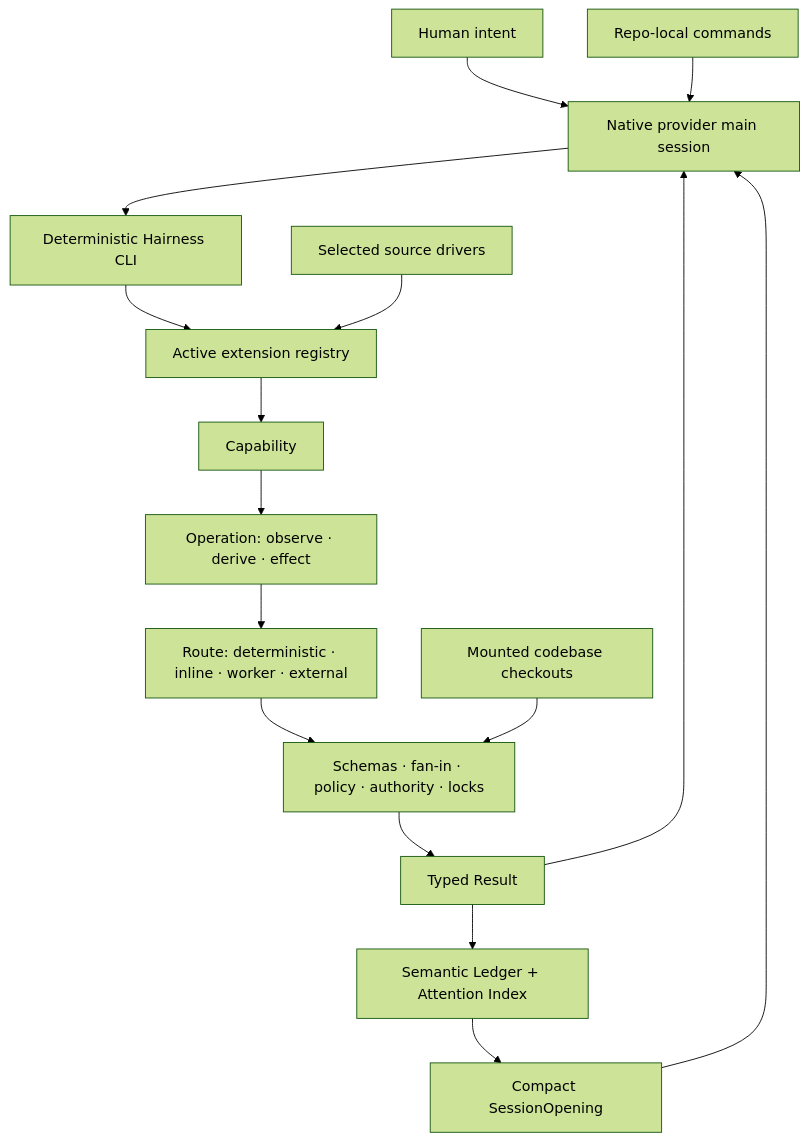
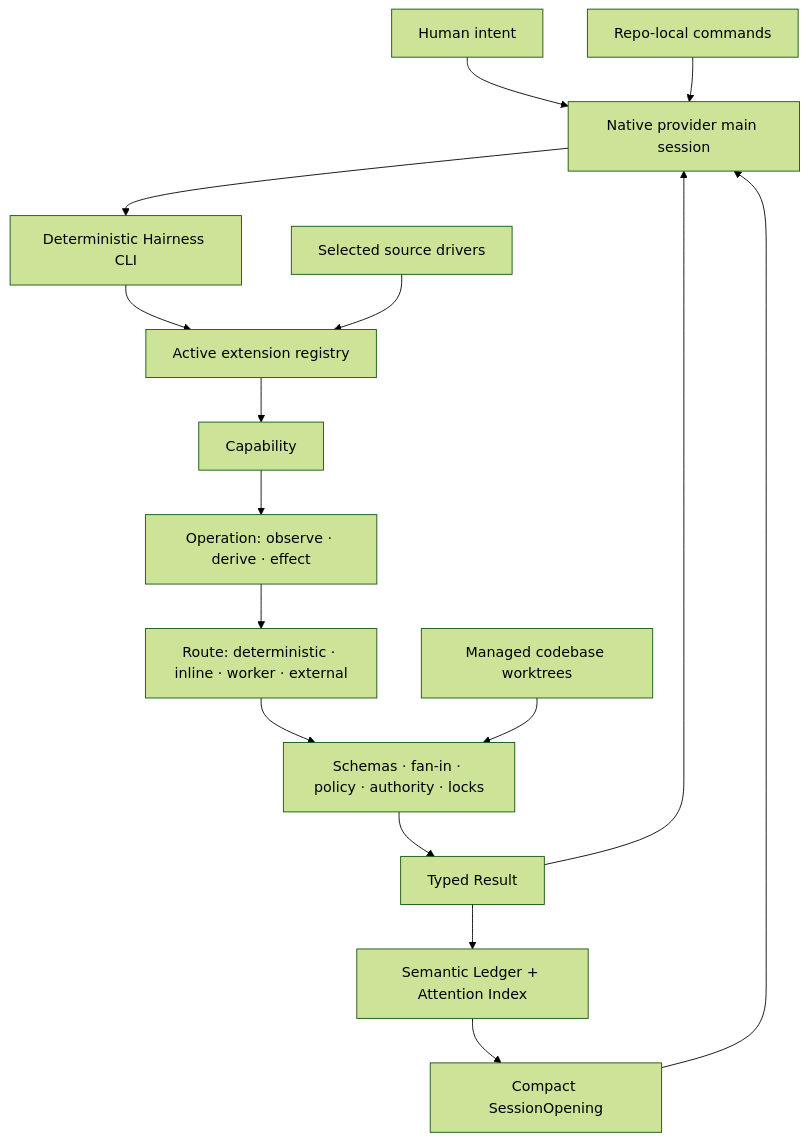
The first of 2 diagrams in docs/architecture.md (thevzion/hairness), drawn with Mermaid (forest theme) before and after one commit. The commit also changed other lines of this file and 28 other files, not shown here.

````diff
--- a/docs/architecture.md
+++ b/docs/architecture.md
@@ -5,18 +5,18 @@
 ```mermaid
 flowchart TD
   human["Human intent"] --> main["Native provider main session"]
   opening["Compact SessionOpening"] --> main
   commands["Repo-local commands"] --> main
   main --> cli["Deterministic Hairness CLI"]
   cli --> registry["Active extension registry"]
   registry --> capability["Capability"]
   capability --> operation["Operation: observe · derive · effect"]
   operation --> route["Route: deterministic · inline · worker · external"]
   route --> gates["Schemas · fan-in · policy · authority · locks"]
   gates --> result["Typed Result"]
   result --> main
   result --> ledger["Semantic Ledger + Attention Index"]
   ledger --> opening
   sources["Selected source drivers"] --> registry
-  targets["Mounted codebase checkouts"] --> gates
+  targets["Managed codebase worktrees"] --> gates
 ```
````
